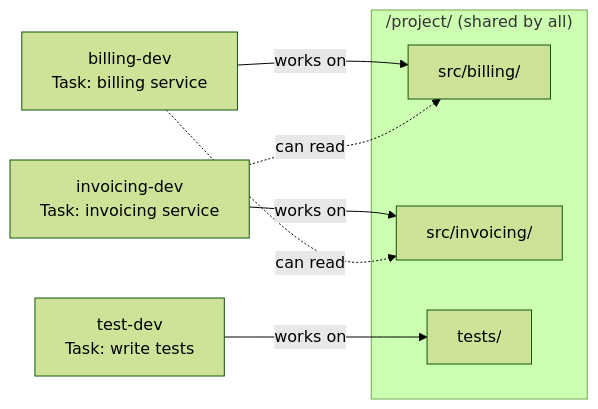
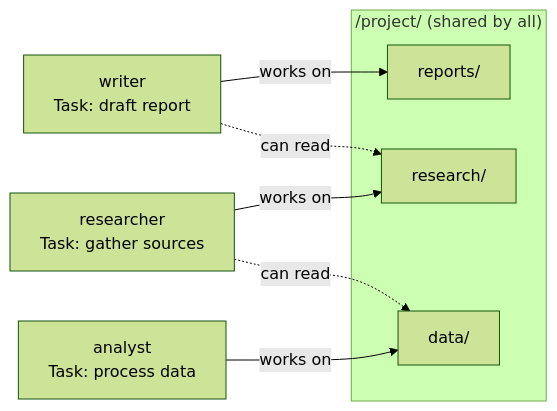
One commit to suman724/cowork-infra changed the second of 9 diagrams in docs/components/agent-teams.md. Above: the diagram before and after it, drawn with Mermaid (forest theme). The commit also changed other lines of this file, not shown here.

````diff
--- a/docs/components/agent-teams.md
+++ b/docs/components/agent-teams.md
@@ -257,14 +257,14 @@
 ```mermaid
 flowchart LR
     subgraph Workspace["/project/ (shared by all)"]
-        F1["src/billing/"]
-        F2["src/invoicing/"]
-        F3["tests/"]
+        F1["research/"]
+        F2["reports/"]
+        F3["data/"]
     end
 
-    T1["billing-dev<br/>Task: billing service"] -->|works on| F1
-    T2["invoicing-dev<br/>Task: invoicing service"] -->|works on| F2
-    T3["test-dev<br/>Task: write tests"] -->|works on| F3
-    T1 -.->|can read| F2
+    T1["researcher<br/>Task: gather sources"] -->|works on| F1
+    T2["writer<br/>Task: draft report"] -->|works on| F2
+    T3["analyst<br/>Task: process data"] -->|works on| F3
+    T1 -.->|can read| F3
     T2 -.->|can read| F1
 ```
````
